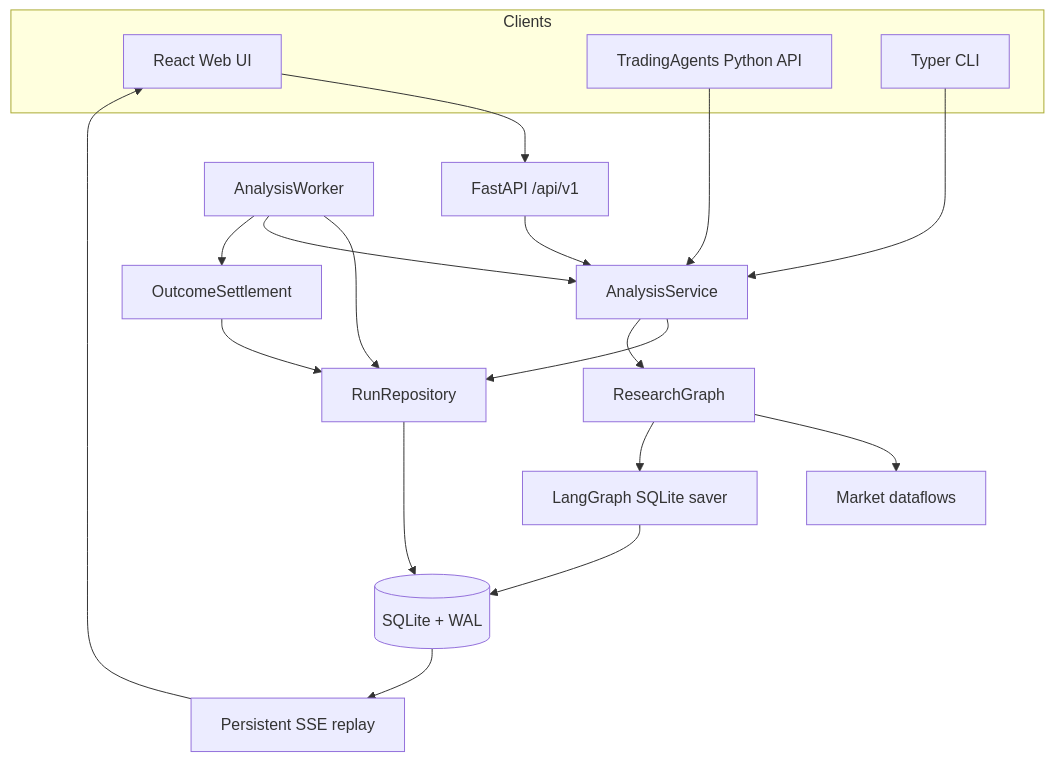
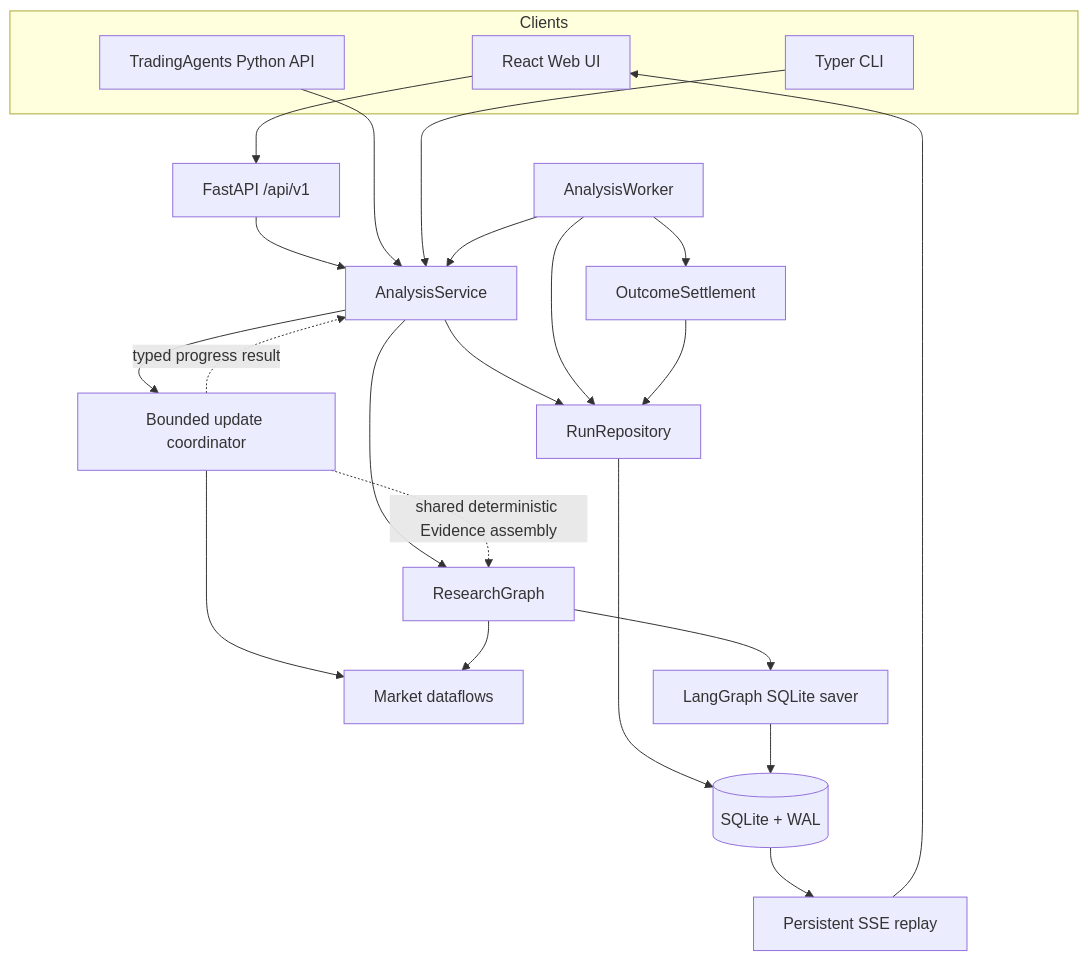
Before and after one commit to qingchiang/trading-agents-x: the first of 2 diagrams in docs/architecture.md, drawn with Mermaid. The commit also changed other lines of this file and 22 other files, not shown here.

````diff
--- a/docs/architecture.md
+++ b/docs/architecture.md
@@ -25,25 +25,29 @@
 ```mermaid
 flowchart TB
     subgraph Clients
         WEB["React Web UI"]
         PY["TradingAgents Python API"]
         CLI["Typer CLI"]
     end
 
     WEB --> HTTP["FastAPI /api/v1"]
     HTTP --> SERVICE["AnalysisService"]
     PY --> SERVICE
     CLI --> SERVICE
     SERVICE --> REPO["RunRepository"]
     REPO --> DB[("SQLite + WAL")]
     WORKER["AnalysisWorker"] --> REPO
     WORKER --> SERVICE
     SERVICE --> GRAPH["ResearchGraph"]
+    SERVICE --> BOUNDED["Bounded update coordinator"]
+    BOUNDED -. "typed progress result" .-> SERVICE
+    BOUNDED --> DATA
+    BOUNDED -. "shared deterministic Evidence assembly" .-> GRAPH
     GRAPH --> DATA["Market dataflows"]
     GRAPH --> CHECKPOINT["LangGraph SQLite saver"]
     CHECKPOINT --> DB
     SETTLE["OutcomeSettlement"] --> REPO
     WORKER --> SETTLE
     DB --> SSE["Persistent SSE replay"]
     SSE --> WEB
 ```
````
